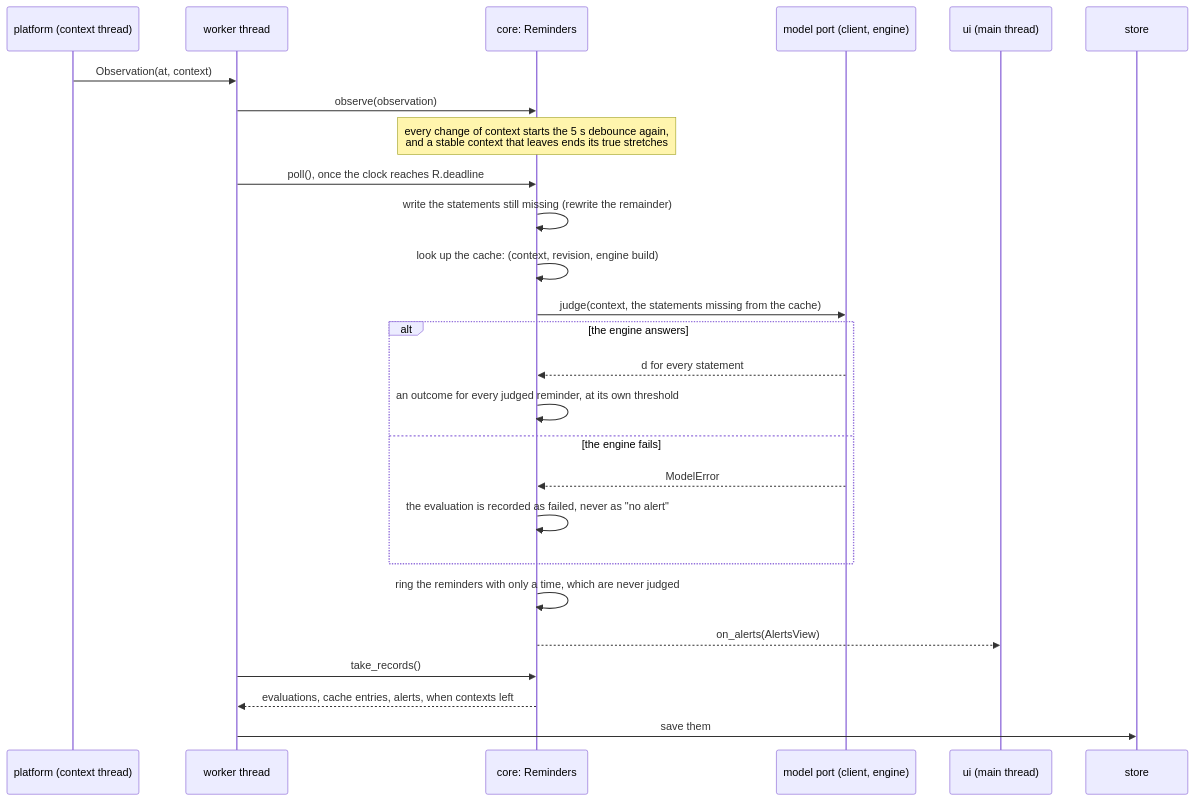
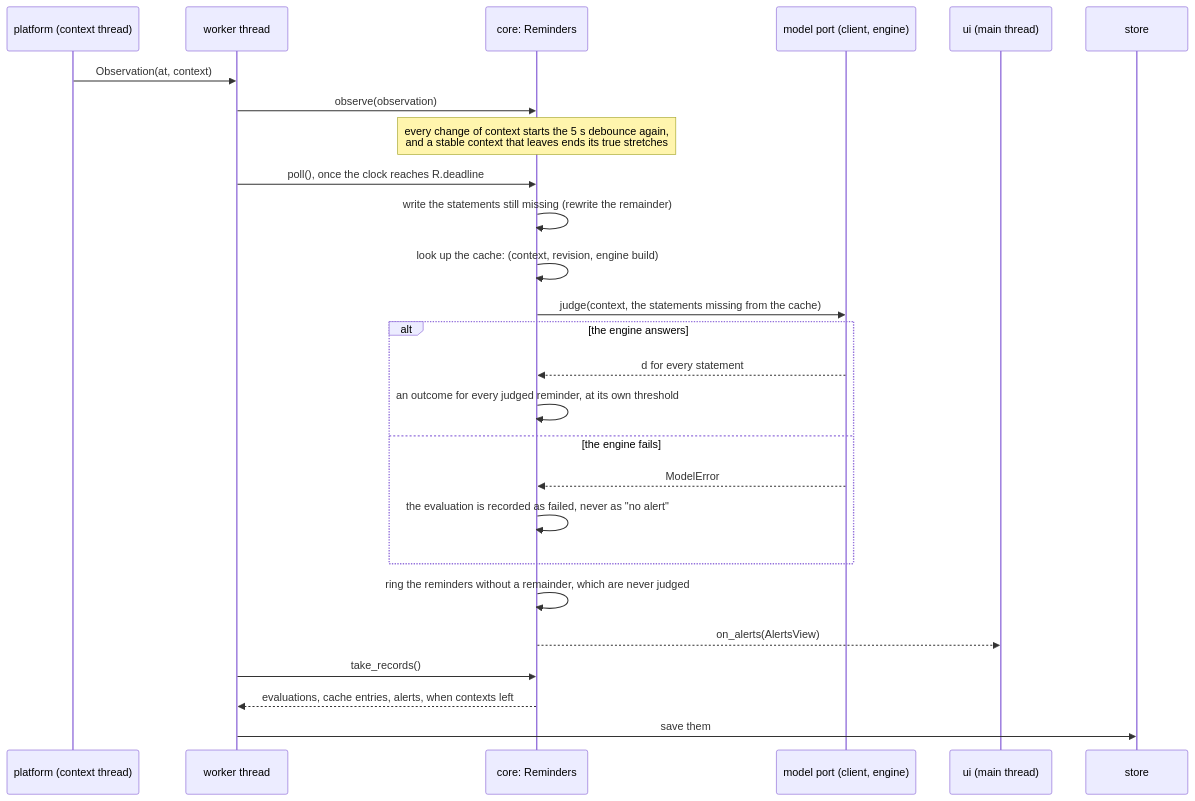
One commit to devfrx/jiffin changed the diagram in docs/design/pipeline.md. Above: the diagram before and after it, drawn with Mermaid. The commit also changed other lines of this file and 20 other files, not shown here.

````diff
--- a/docs/design/pipeline.md
+++ b/docs/design/pipeline.md
@@ -11,29 +13,29 @@
 ```mermaid
 sequenceDiagram
     participant P as platform (context thread)
     participant W as worker thread
     participant R as core: Reminders
     participant M as model port (client, engine)
     participant U as ui (main thread)
     participant S as store
 
     P->>W: Observation(at, context)
     W->>R: observe(observation)
     Note over R: every change of context starts the 5 s debounce again,<br/>and a stable context that leaves ends its true stretches
     W->>R: poll(), once the clock reaches R.deadline
     R->>R: write the statements still missing (rewrite the remainder)
     R->>R: look up the cache: (context, revision, engine build)
     R->>M: judge(context, the statements missing from the cache)
     alt the engine answers
         M-->>R: d for every statement
         R->>R: an outcome for every judged reminder, at its own threshold
     else the engine fails
         M-->>R: ModelError
         R->>R: the evaluation is recorded as failed, never as "no alert"
     end
-    R->>R: ring the reminders with only a time, which are never judged
+    R->>R: ring the reminders without a remainder, which are never judged
     R-->>U: on_alerts(AlertsView)
     W->>R: take_records()
     R-->>W: evaluations, cache entries, alerts, when contexts left
     W->>S: save them
 ```
````
